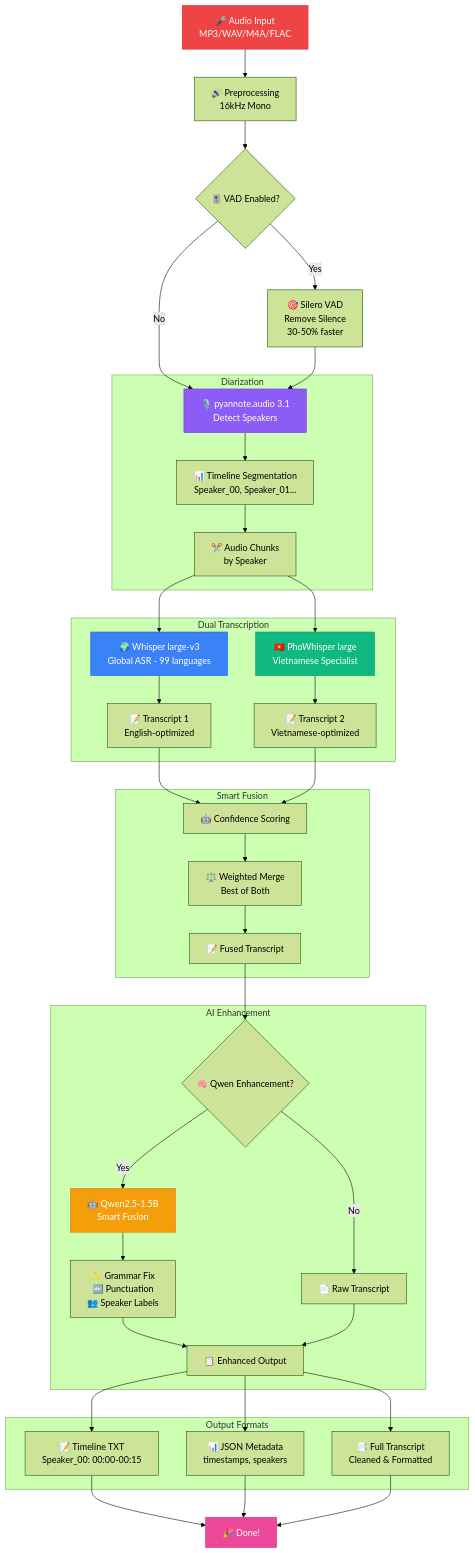
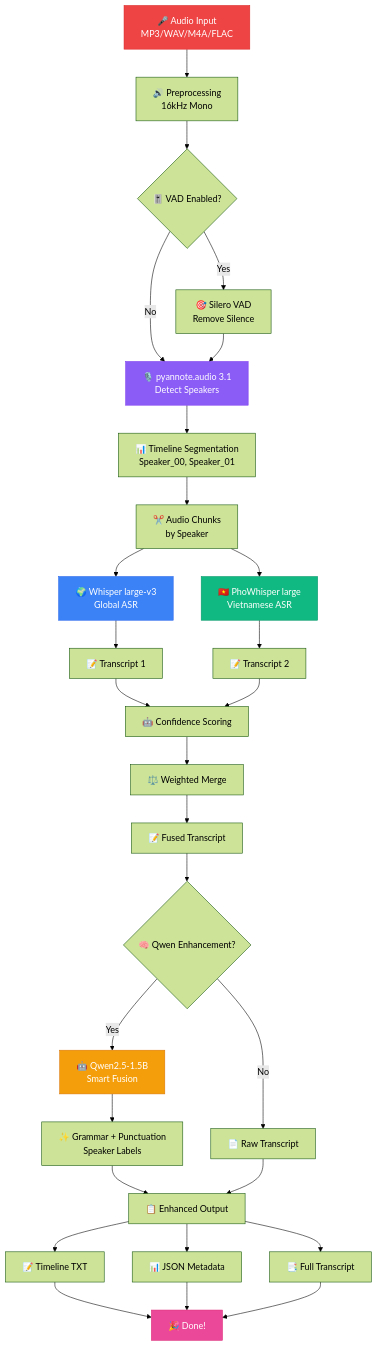
The seventh of 16 diagrams in README.md (SkastVnT/AI-Assistant), drawn with Mermaid (forest theme) before and after one commit. The commit also changed other lines of this file, not shown here.

Commit message:
fix(docs): simplify Speech2Text and Stable Diffusion Mermaid diagrams - remove nested subgraphs

````diff
--- a/README.md
+++ b/README.md
@@ -508,53 +508,43 @@
 ```mermaid
 graph TB
     A[🎤 Audio Input<br/>MP3/WAV/M4A/FLAC] --> B[🔊 Preprocessing<br/>16kHz Mono]
     B --> C{🎚️ VAD Enabled?}
-    C -->|Yes| D[🎯 Silero VAD<br/>Remove Silence<br/>30-50% faster]
+    C -->|Yes| D[🎯 Silero VAD<br/>Remove Silence]
     C -->|No| E[👥 Speaker Diarization]
     D --> E
     
-    subgraph Diarization
-    E[🎙️ pyannote.audio 3.1<br/>Detect Speakers] --> F[📊 Timeline Segmentation<br/>Speaker_00, Speaker_01...]
+    E[🎙️ pyannote.audio 3.1<br/>Detect Speakers] --> F[📊 Timeline Segmentation<br/>Speaker_00, Speaker_01]
     F --> G[✂️ Audio Chunks<br/>by Speaker]
-    end
     
-    subgraph Dual Transcription
-    G --> H1[🌍 Whisper large-v3<br/>Global ASR - 99 languages]
-    G --> H2[🇻🇳 PhoWhisper large<br/>Vietnamese Specialist]
-    H1 --> I1[📝 Transcript 1<br/>English-optimized]
-    H2 --> I2[📝 Transcript 2<br/>Vietnamese-optimized]
-    end
+    G --> H1[🌍 Whisper large-v3<br/>Global ASR]
+    G --> H2[🇻🇳 PhoWhisper large<br/>Vietnamese ASR]
+    H1 --> I1[📝 Transcript 1]
+    H2 --> I2[📝 Transcript 2]
     
-    subgraph Smart Fusion
     I1 --> J[🤖 Confidence Scoring]
     I2 --> J
-    J --> K[⚖️ Weighted Merge<br/>Best of Both]
+    J --> K[⚖️ Weighted Merge]
     K --> L[📝 Fused Transcript]
-    end
     
-    subgraph AI Enhancement
     L --> M{🧠 Qwen Enhancement?}
     M -->|Yes| N[🤖 Qwen2.5-1.5B<br/>Smart Fusion]
     M -->|No| O[📄 Raw Transcript]
-    N --> P[✨ Grammar Fix<br/>🔤 Punctuation<br/>👥 Speaker Labels]
+    N --> P[✨ Grammar + Punctuation<br/>Speaker Labels]
     P --> Q[📋 Enhanced Output]
     O --> Q
-    end
     
-    subgraph Output Formats
-    Q --> R1[📝 Timeline TXT<br/>Speaker_00: 00:00-00:15]
-    Q --> R2[📊 JSON Metadata<br/>timestamps, speakers]
-    Q --> R3[📑 Full Transcript<br/>Cleaned & Formatted]
-    end
+    Q --> R1[📝 Timeline TXT]
+    Q --> R2[📊 JSON Metadata]
+    Q --> R3[📑 Full Transcript]
     
     R1 --> S[🎉 Done!]
     R2 --> S
     R3 --> S
     
     style A fill:#EF4444,stroke:#DC2626,color:#fff
     style E fill:#8B5CF6,stroke:#7C3AED,color:#fff
     style H1 fill:#3B82F6,stroke:#2563EB,color:#fff
     style H2 fill:#10B981,stroke:#059669,color:#fff
     style N fill:#F59E0B,stroke:#D97706,color:#fff
     style S fill:#EC4899,stroke:#DB2777,color:#fff
 ```
````
